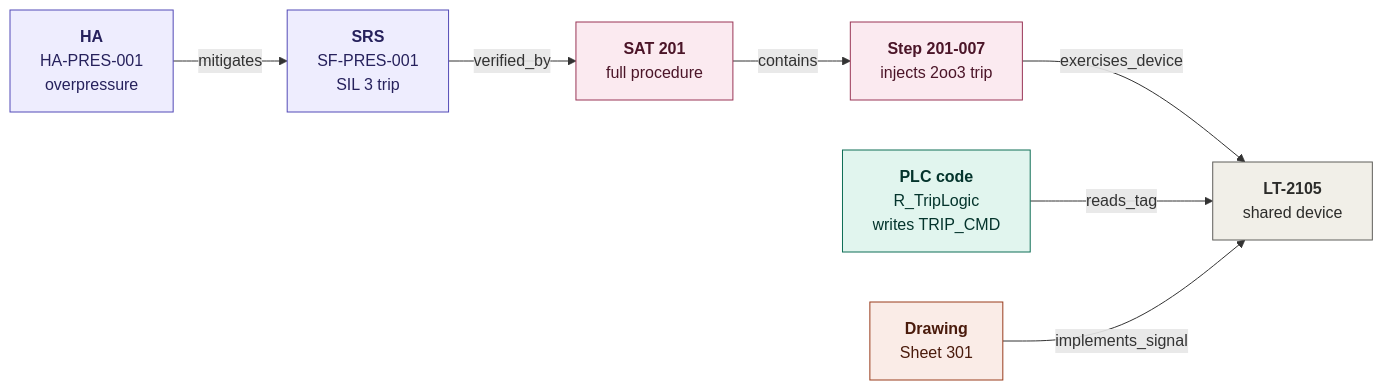
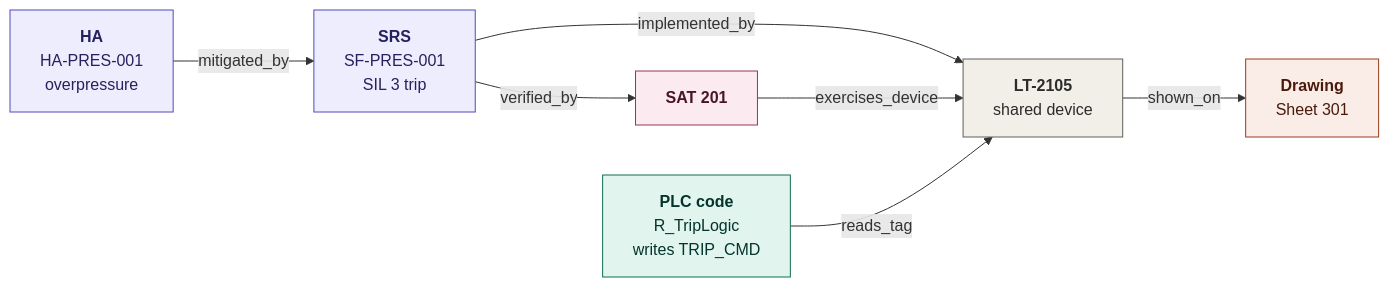
One commit to rcanterberryhall/hexcaliper changed the second of 9 diagrams in ekg_concept.md. Above: the diagram before and after it, drawn with Mermaid. The commit also changed other lines of this file, not shown here.

First line of the commit message:
ekg: align concept.md schema with implementation doc

````diff
--- a/ekg_concept.md
+++ b/ekg_concept.md
@@ -100,25 +102,23 @@
 ```mermaid
 flowchart LR
     H["<b>HA</b><br/>HA-PRES-001<br/>overpressure"]
     R["<b>SRS</b><br/>SF-PRES-001<br/>SIL 3 trip"]
     Code["<b>PLC code</b><br/>R_TripLogic<br/>writes TRIP_CMD"]
-    SAT["<b>SAT 201</b><br/>full procedure"]
-    Step["<b>Step 201-007</b><br/>injects 2oo3 trip"]
+    SAT["<b>SAT 201</b>"]
     Tag["<b>LT-2105</b><br/>shared device"]
     Drawing["<b>Drawing</b><br/>Sheet 301"]
 
-    H -- "mitigates" --> R
+    H -- "mitigated_by" --> R
     R -- "verified_by" --> SAT
-    SAT -- "contains" --> Step
-    Step -- "exercises_device" --> Tag
+    R -- "implemented_by" --> Tag
+    SAT -- "exercises_device" --> Tag
     Code -- "reads_tag" --> Tag
-    Drawing -- "implements_signal" --> Tag
+    Tag -- "shown_on" --> Drawing
 
     style Tag fill:#F1EFE8,stroke:#5F5E5A,color:#2C2C2A
     style H fill:#EEEDFE,stroke:#534AB7,color:#26215C
     style R fill:#EEEDFE,stroke:#534AB7,color:#26215C
     style Code fill:#E1F5EE,stroke:#0F6E56,color:#04342C
     style Drawing fill:#FAECE7,stroke:#993C1D,color:#4A1B0C
     style SAT fill:#FBEAF0,stroke:#993556,color:#4B1528
-    style Step fill:#FBEAF0,stroke:#993556,color:#4B1528
 ```
````
